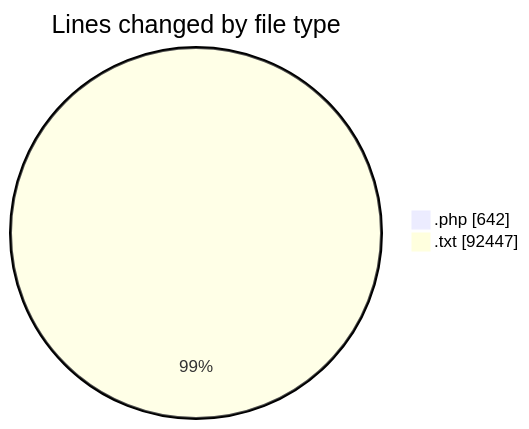
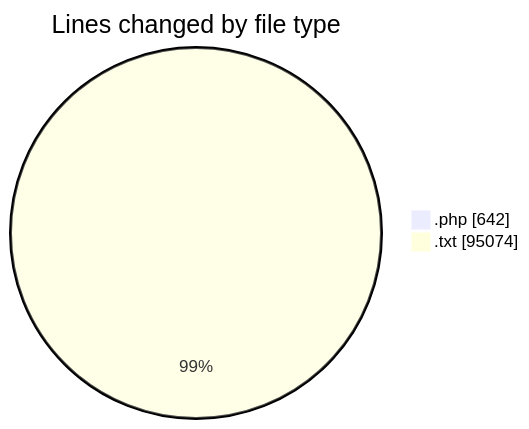
Before and after one commit to LanceThiago/code-tracking: the first of 2 diagrams in 2026-02-09/enviarfacturas/README.md, drawn with Mermaid. The commit also changed other lines of this file and 1 other file, not shown here.

````diff
--- a/2026-02-09/enviarfacturas/README.md
+++ b/2026-02-09/enviarfacturas/README.md
@@ -24,6 +25,6 @@
 ```mermaid
 pie showData
 title Lines changed by file type
 ".php" : 642
-".txt" : 92447
+".txt" : 95074
 ```
````
